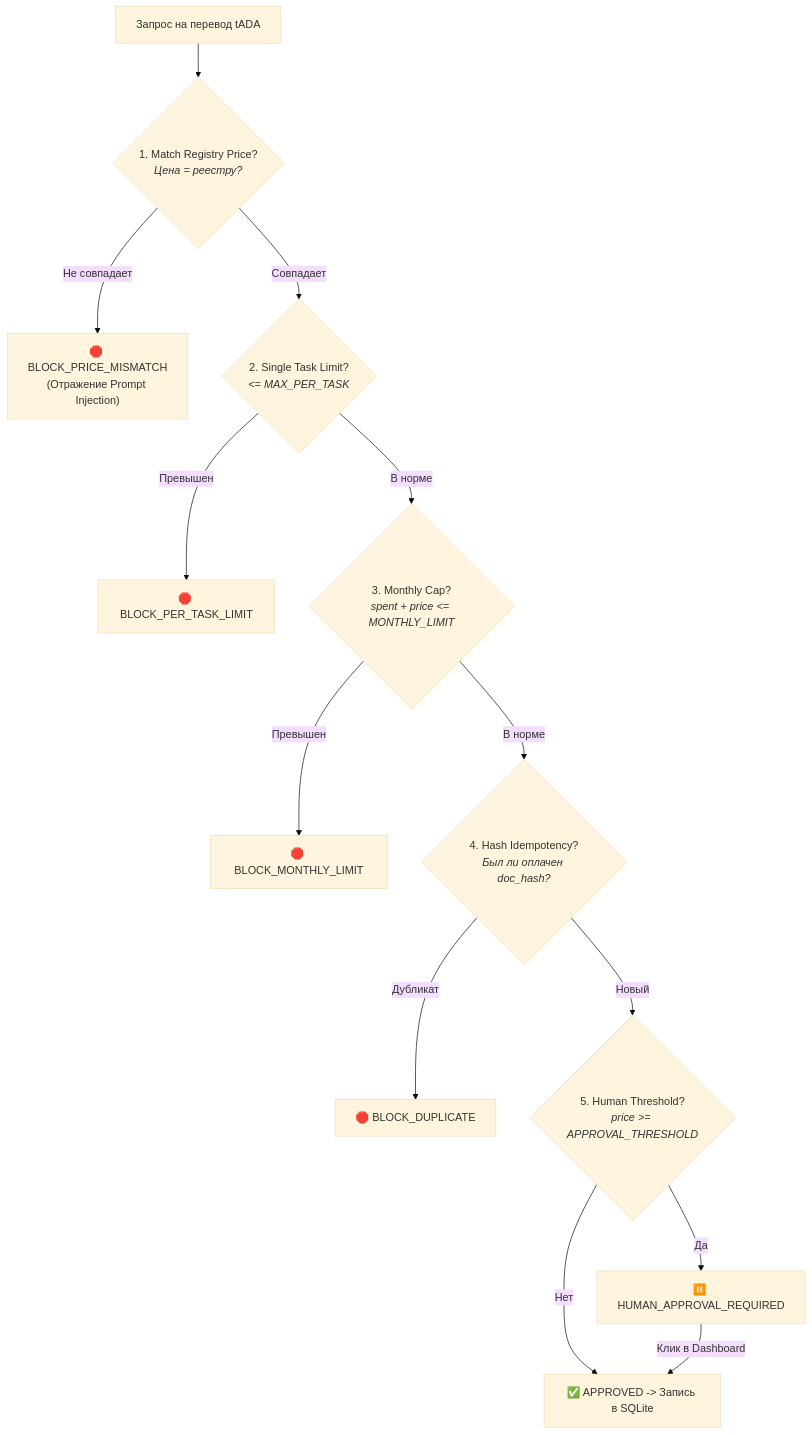
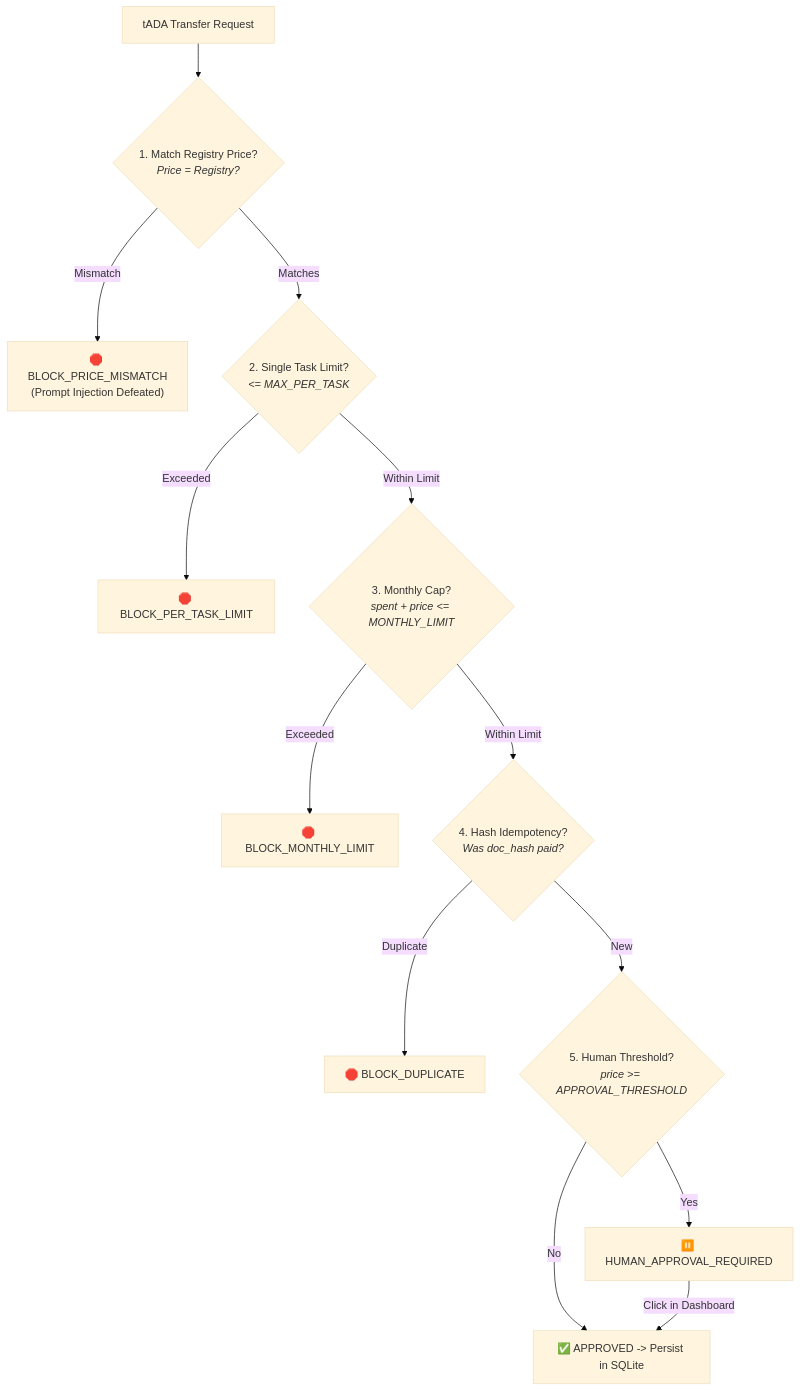
Before and after one commit to chotamode/Aiccountant007: the diagram in docs/wiki/05-Wallet-Policy-and-Security.md, drawn with Mermaid (base theme). The commit also changed other lines of this file and 11 other files, not shown here.

````diff
--- a/docs/wiki/05-Wallet-Policy-and-Security.md
+++ b/docs/wiki/05-Wallet-Policy-and-Security.md
@@ -11,15 +11,15 @@
 ```mermaid
 flowchart TD
-    TX_REQ["Запрос на перевод tADA"] --> CHK1{"1. Match Registry Price?<br/><i>Цена = реестру?</i>"}
-    CHK1 -- Не совпадает --> REJ1["🛑 BLOCK_PRICE_MISMATCH<br/>(Отражение Prompt Injection)"]
-    CHK1 -- Совпадает --> CHK2{"2. Single Task Limit?<br/><i><= MAX_PER_TASK</i>"}
-    CHK2 -- Превышен --> REJ2["🛑 BLOCK_PER_TASK_LIMIT"]
-    CHK2 -- В норме --> CHK3{"3. Monthly Cap?<br/><i>spent + price <= MONTHLY_LIMIT</i>"}
-    CHK3 -- Превышен --> REJ3["🛑 BLOCK_MONTHLY_LIMIT"]
-    CHK3 -- В норме --> CHK4{"4. Hash Idempotency?<br/><i>Был ли оплачен doc_hash?</i>"}
-    CHK4 -- Дубликат --> REJ4["🛑 BLOCK_DUPLICATE"]
-    CHK4 -- Новый --> CHK5{"5. Human Threshold?<br/><i>price >= APPROVAL_THRESHOLD</i>"}
-    CHK5 -- Да --> HUMAN["⏸️ HUMAN_APPROVAL_REQUIRED"]
-    CHK5 -- Нет --> APPROVED["✅ APPROVED -> Запись в SQLite"]
-    HUMAN -->|Клик в Dashboard| APPROVED
+    TX_REQ["tADA Transfer Request"] --> CHK1{"1. Match Registry Price?<br/><i>Price = Registry?</i>"}
+    CHK1 -- Mismatch --> REJ1["🛑 BLOCK_PRICE_MISMATCH<br/>(Prompt Injection Defeated)"]
+    CHK1 -- Matches --> CHK2{"2. Single Task Limit?<br/><i><= MAX_PER_TASK</i>"}
+    CHK2 -- Exceeded --> REJ2["🛑 BLOCK_PER_TASK_LIMIT"]
+    CHK2 -- Within Limit --> CHK3{"3. Monthly Cap?<br/><i>spent + price <= MONTHLY_LIMIT</i>"}
+    CHK3 -- Exceeded --> REJ3["🛑 BLOCK_MONTHLY_LIMIT"]
+    CHK3 -- Within Limit --> CHK4{"4. Hash Idempotency?<br/><i>Was doc_hash paid?</i>"}
+    CHK4 -- Duplicate --> REJ4["🛑 BLOCK_DUPLICATE"]
+    CHK4 -- New --> CHK5{"5. Human Threshold?<br/><i>price >= APPROVAL_THRESHOLD</i>"}
+    CHK5 -- Yes --> HUMAN["⏸️ HUMAN_APPROVAL_REQUIRED"]
+    CHK5 -- No --> APPROVED["✅ APPROVED -> Persist in SQLite"]
+    HUMAN -->|Click in Dashboard| APPROVED
 ```
````
